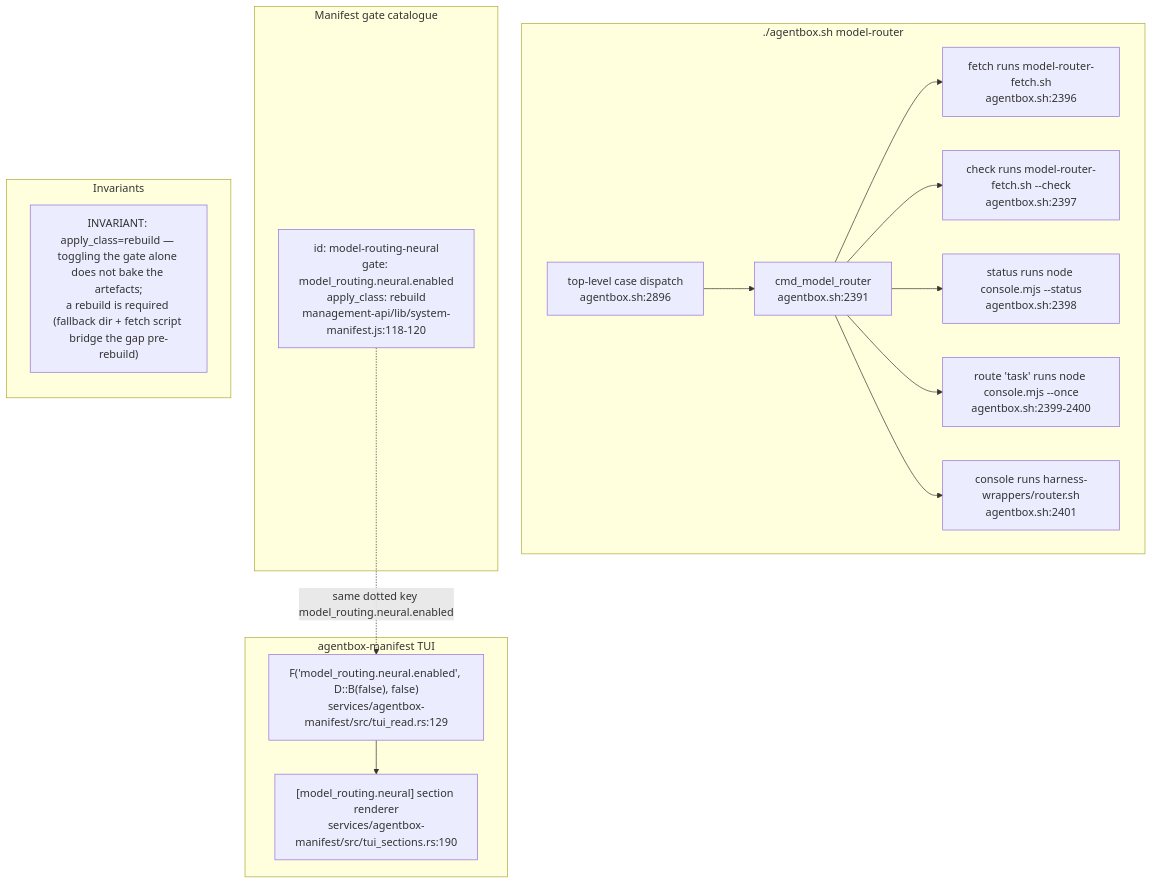
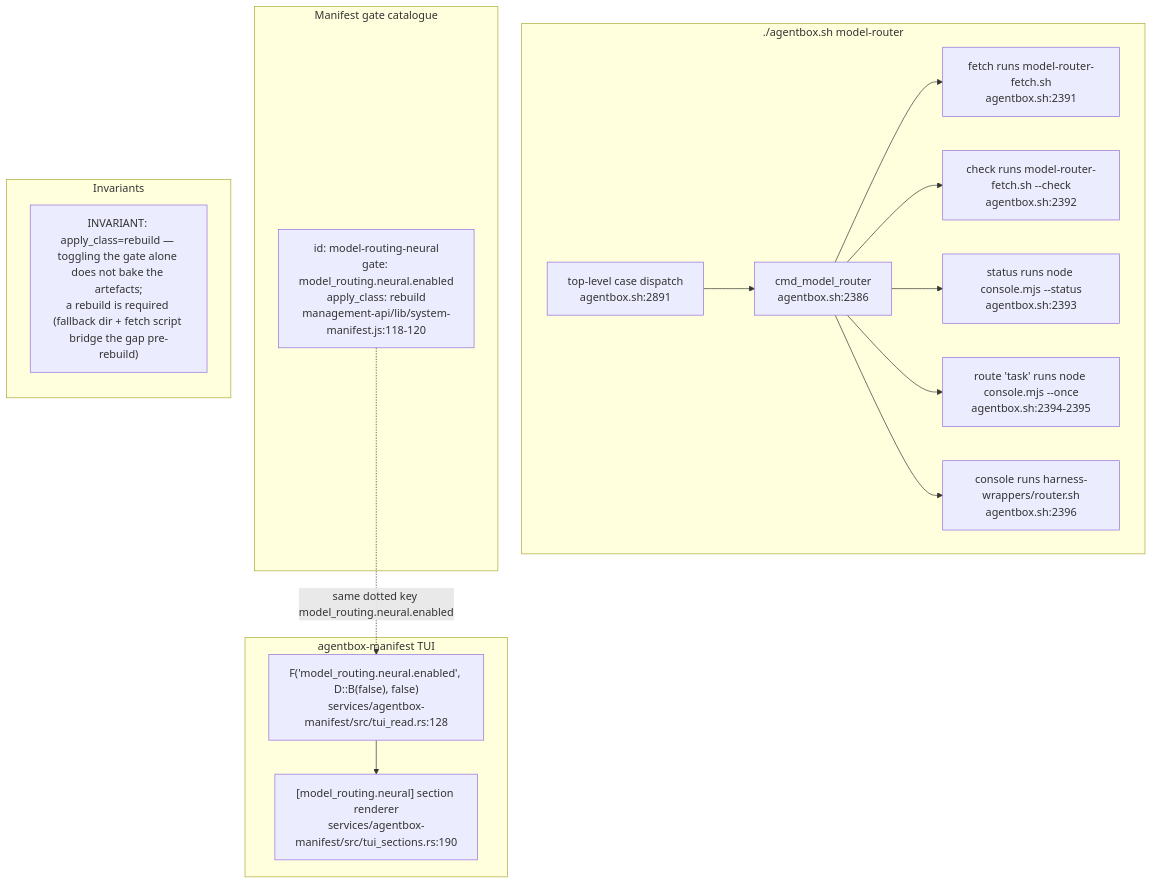
The eighth of 9 diagrams in docs/diagrams/agentbox/29-metaharness-router-console.md (DreamLab-AI/VisionFlow), drawn with Mermaid before and after one commit. The commit also changed other lines of this file and 6 other files, not shown here.

First line of the commit message:
docs: align native session and ingress diagrams (#39)

````diff
--- a/docs/diagrams/agentbox/29-metaharness-router-console.md
+++ b/docs/diagrams/agentbox/29-metaharness-router-console.md
@@ -281,32 +281,32 @@
 ```mermaid
 flowchart TB
     subgraph cli["./agentbox.sh model-router <sub>"]
-        CMD["cmd_model_router<br/>agentbox.sh:2391"]
-        FETCH2["fetch runs model-router-fetch.sh<br/>agentbox.sh:2396"]
-        CHECK2["check runs model-router-fetch.sh --check<br/>agentbox.sh:2397"]
-        STATUS2["status runs node console.mjs --status<br/>agentbox.sh:2398"]
-        ROUTE2["route 'task' runs node console.mjs --once<br/>agentbox.sh:2399-2400"]
-        CONSOLE2["console runs harness-wrappers/router.sh<br/>agentbox.sh:2401"]
-        DISPATCH["top-level case dispatch<br/>agentbox.sh:2896"]
+        CMD["cmd_model_router<br/>agentbox.sh:2386"]
+        FETCH2["fetch runs model-router-fetch.sh<br/>agentbox.sh:2391"]
+        CHECK2["check runs model-router-fetch.sh --check<br/>agentbox.sh:2392"]
+        STATUS2["status runs node console.mjs --status<br/>agentbox.sh:2393"]
+        ROUTE2["route 'task' runs node console.mjs --once<br/>agentbox.sh:2394-2395"]
+        CONSOLE2["console runs harness-wrappers/router.sh<br/>agentbox.sh:2396"]
+        DISPATCH["top-level case dispatch<br/>agentbox.sh:2891"]
     end
     subgraph catalogue["Manifest gate catalogue"]
         GATE["id: model-routing-neural<br/>gate: model_routing.neural.enabled<br/>apply_class: rebuild<br/>management-api/lib/system-manifest.js:118-120"]
     end
     subgraph tui["agentbox-manifest TUI"]
-        READ["F('model_routing.neural.enabled', D::B(false), false)<br/>services/agentbox-manifest/src/tui_read.rs:129"]
+        READ["F('model_routing.neural.enabled', D::B(false), false)<br/>services/agentbox-manifest/src/tui_read.rs:128"]
         RENDER["[model_routing.neural] section renderer<br/>services/agentbox-manifest/src/tui_sections.rs:190"]
     end
     DISPATCH --> CMD
     CMD --> FETCH2
     CMD --> CHECK2
     CMD --> STATUS2
     CMD --> ROUTE2
     CMD --> CONSOLE2
     GATE -.->|"same dotted key model_routing.neural.enabled"| READ
     READ --> RENDER
     subgraph notes["Invariants"]
         direction TB
         N1["INVARIANT: apply_class=rebuild — toggling the gate alone does not bake the artefacts;<br/>a rebuild is required (fallback dir + fetch script bridge the gap pre-rebuild)"]
         N1
     end
 ```
````
